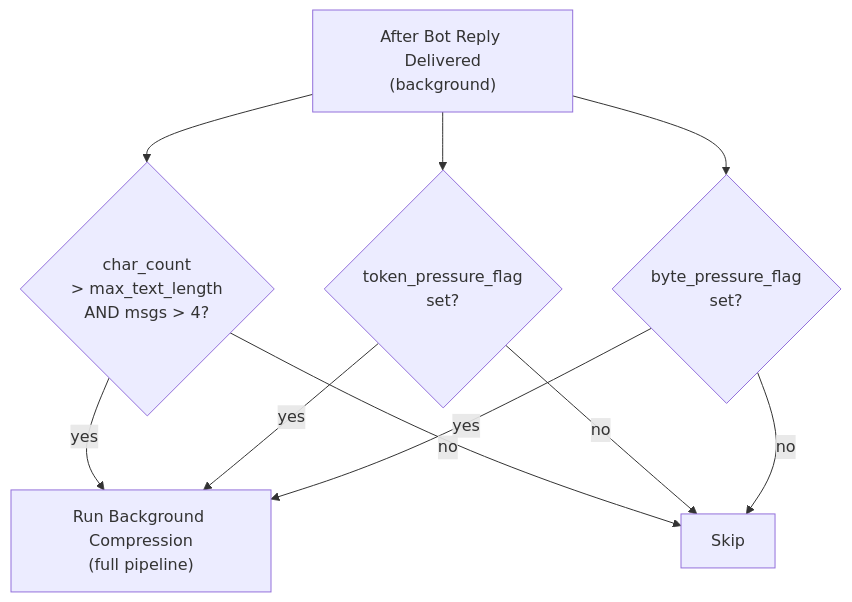
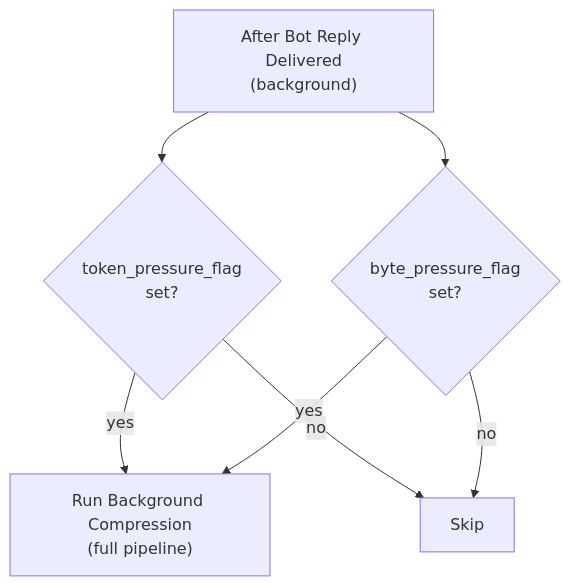
One commit to cosmoswafer/rockbot changed the first of 6 diagrams in _dfds/base/memory-compression.md. Above: the diagram before and after it, drawn with Mermaid. The commit also changed other lines of this file and 11 other files, not shown here.

First line of the commit message:
Drop max_text_length and max_history_size; add compress_memory tool; flag-driven compression

````diff
--- a/_dfds/base/memory-compression.md
+++ b/_dfds/base/memory-compression.md
@@ -36,22 +35,18 @@
 ```mermaid
 flowchart TD
     POST_REPLY["After Bot Reply Delivered<br/>(background)"]
 
-    C1{"char_count<br/>> max_text_length<br/>AND msgs > 4?"}
-    C2{"token_pressure_flag<br/>set?"}
-    C3{"byte_pressure_flag<br/>set?"}
+    C1{"token_pressure_flag<br/>set?"}
+    C2{"byte_pressure_flag<br/>set?"}
 
     COMPRESS["Run Background Compression<br/>(full pipeline)"]
     SKIP[Skip]
 
     POST_REPLY --> C1
     POST_REPLY --> C2
-    POST_REPLY --> C3
 
     C1 -->|"yes"| COMPRESS
     C1 -->|"no"| SKIP
     C2 -->|"yes"| COMPRESS
     C2 -->|"no"| SKIP
-    C3 -->|"yes"| COMPRESS
-    C3 -->|"no"| SKIP
 ```
````
